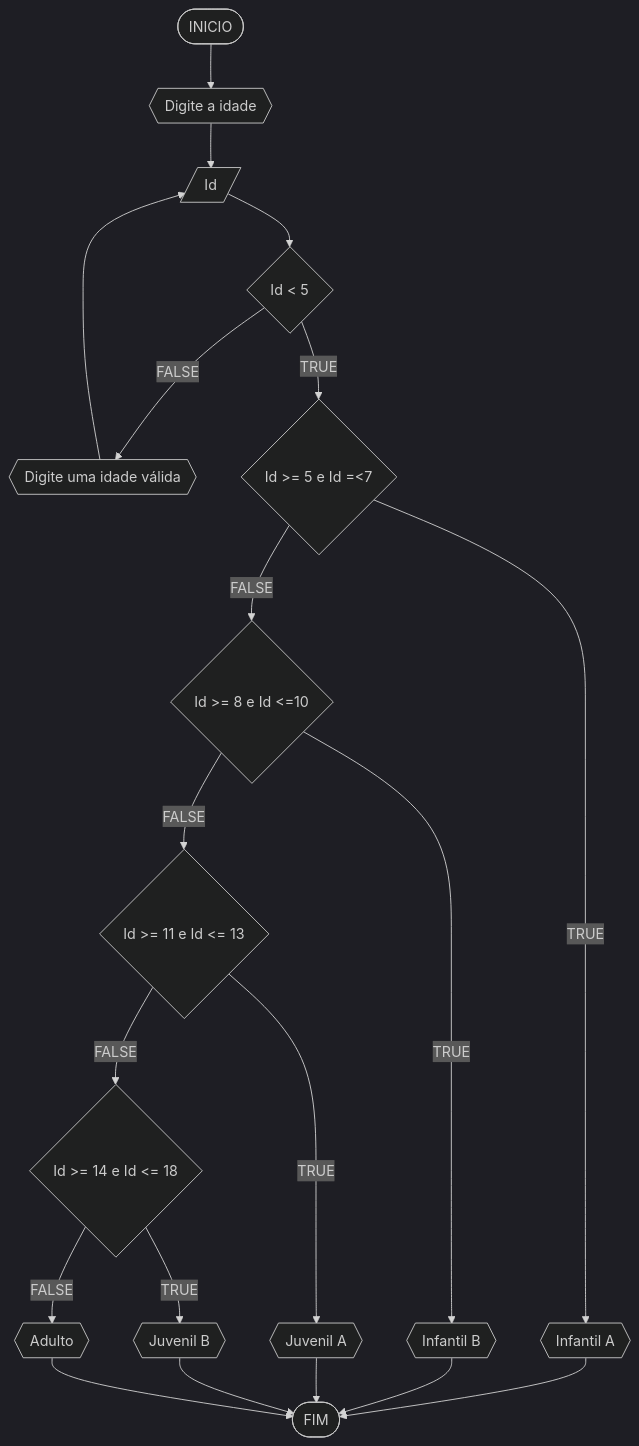
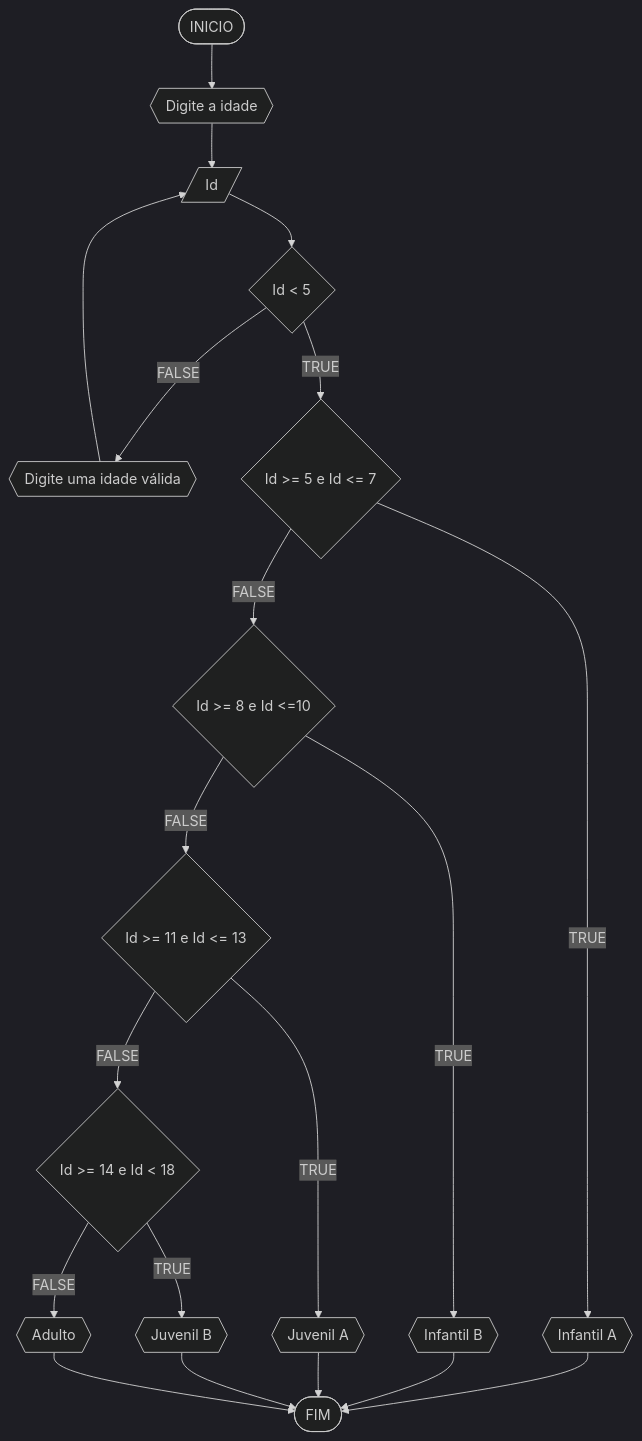
The fifth of 5 diagrams in RLA/Atividades 2.md (Pedroperboyre/unifor), drawn with Mermaid (dark theme) before and after one commit. The commit also changed other lines of this file, not shown here.

````diff
--- a/RLA/Atividades 2.md
+++ b/RLA/Atividades 2.md
@@ -241,22 +241,22 @@
 ```mermaid
 flowchart TD
 A([INICIO]) --> B{{Digite a idade}}
 B --> C[/Id/]
 C --> D{Id < 5}
 D --FALSE--> E{{Digite uma idade válida}}
 E --> C
-D --TRUE--> F{Id >= 5 e Id =<7}
+D --TRUE--> F{Id >= 5 e Id <= 7}
 F --FALSE--> G{Id >= 8 e Id <=10}
 G --FALSE--> H{Id >= 11 e Id <= 13}
-H --FALSE--> I{Id >= 14 e Id <= 18}
+H --FALSE--> I{Id >= 14 e Id < 18}
 F --TRUE--> J{{Infantil A}}
 G --TRUE--> K{{Infantil B}}
 H --TRUE--> L{{Juvenil A}}
 I --TRUE--> M{{Juvenil B}}
 I --FALSE--> N{{Adulto}}
 J --> Z([FIM])
 K --> Z
 L --> Z
 M --> Z
 N --> Z
 ```
````
